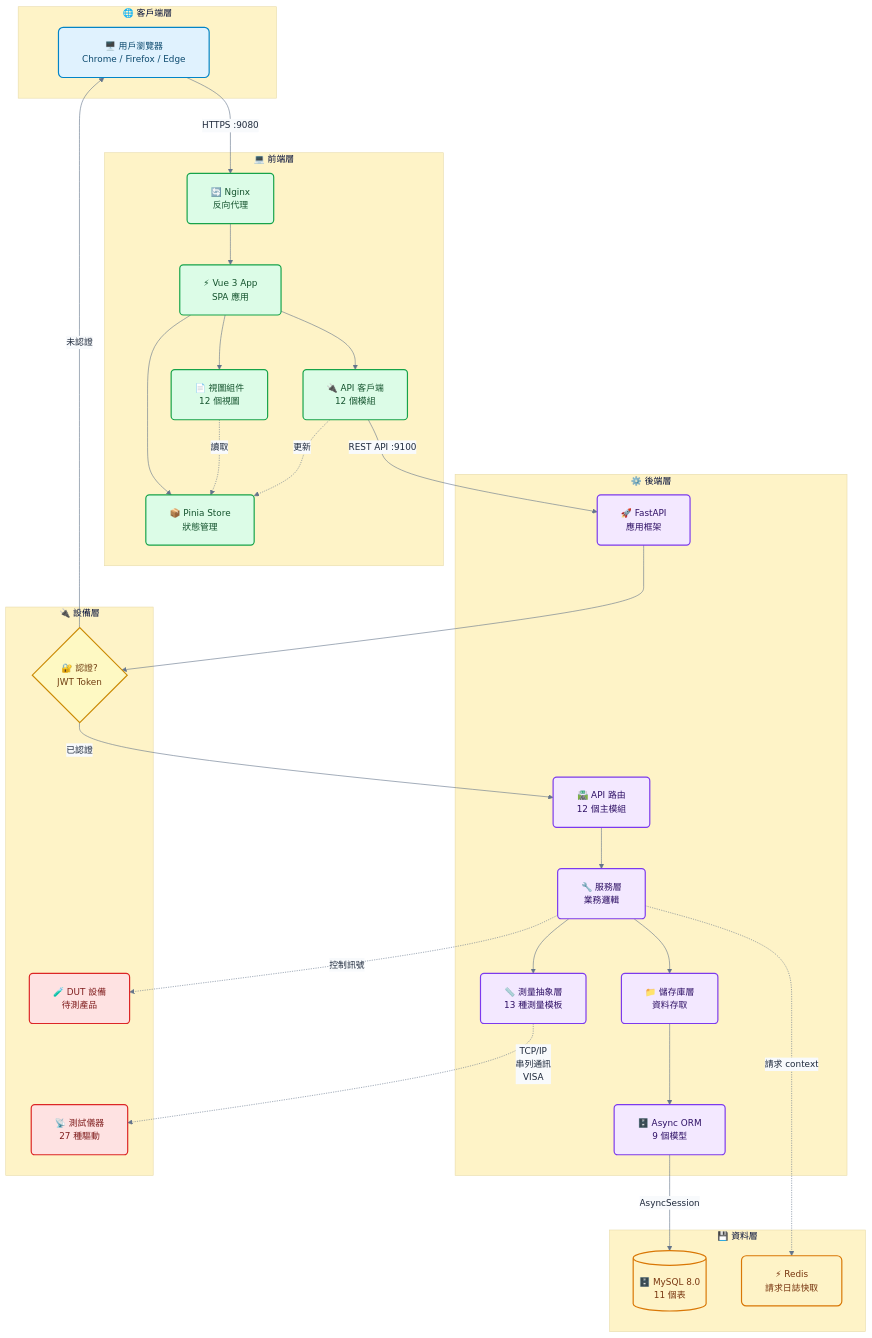
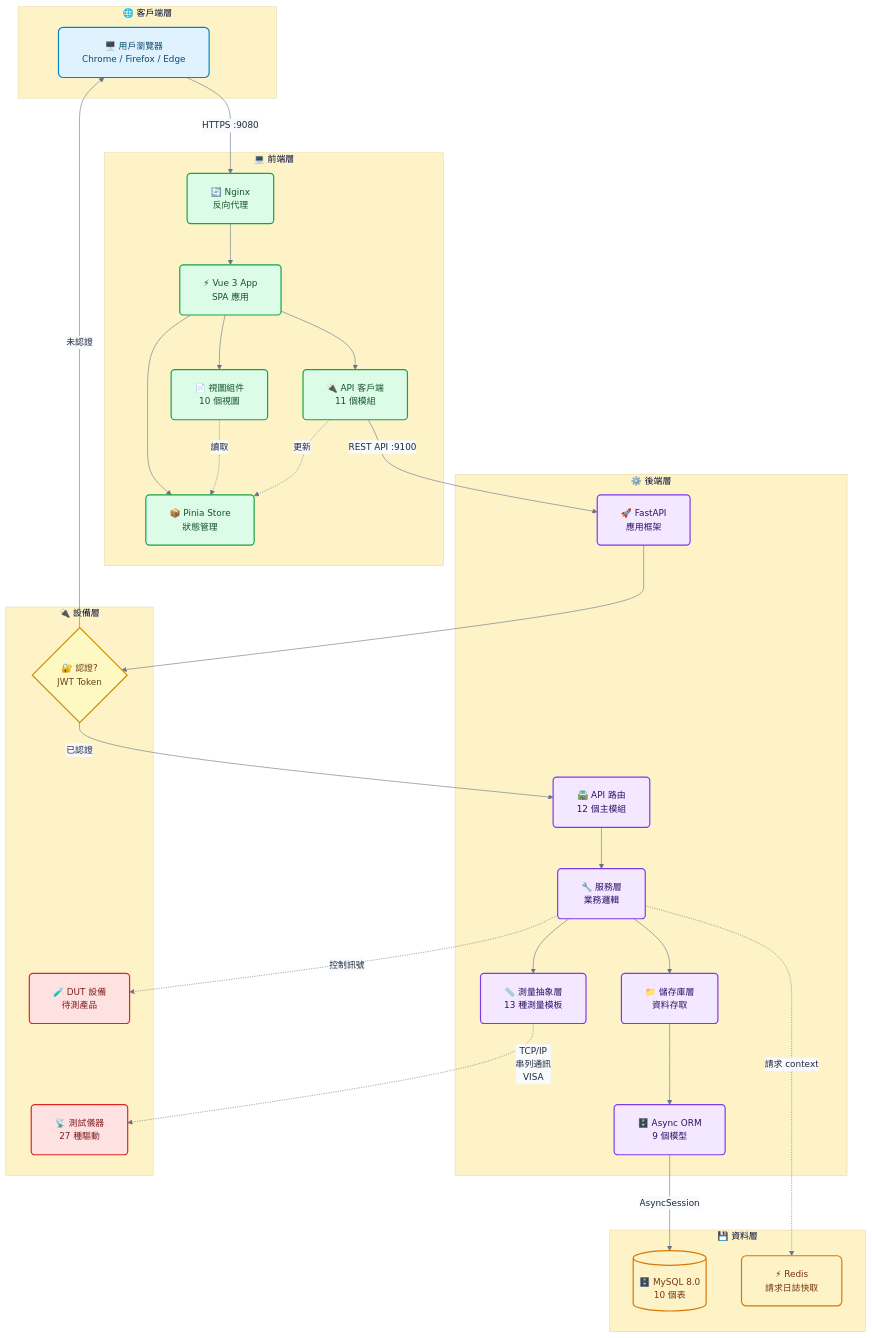
One commit to sprigga/WebPDTool changed the diagram in README.md. Above: the diagram before and after it, drawn with Mermaid. The commit also changed other lines of this file and 3 other files, not shown here.

````diff
--- a/README.md
+++ b/README.md
@@ -123,73 +124,73 @@
 ```mermaid
 %%{init: {"theme":"base","themeVariables":{"fontFamily":"Segoe UI, Microsoft YaHei, PingFang TC, Arial, sans-serif","fontSize":"15px","primaryTextColor":"#1e293b","lineColor":"#64748b","edgeLabelBackground":"#f8fafc","primaryColor":"#eff6ff","secondaryColor":"#f0fdf4","tertiaryColor":"#fef3c7","background":"#ffffff"},"flowchart":{"useMaxWidth":true,"nodeSpacing":60,"rankSpacing":70,"curve":"basis","padding":20}}}%%
 flowchart TB
     subgraph Client_Layer["🌐 客戶端層"]
         Client["🖥️ 用戶瀏覽器<br/>Chrome / Firefox / Edge"]
     end
 
     subgraph Frontend_Layer["💻 前端層"]
         FE_Nginx["🔄 Nginx<br/>反向代理"]
         FE_App["⚡ Vue 3 App<br/>SPA 應用"]
-        FE_View["📄 視圖組件<br/>12 個視圖"]
-        FE_API["🔌 API 客戶端<br/>12 個模組"]
+        FE_View["📄 視圖組件<br/>10 個視圖"]
+        FE_API["🔌 API 客戶端<br/>11 個模組"]
         FE_Store["📦 Pinia Store<br/>狀態管理"]
     end
 
     subgraph Backend_Layer["⚙️ 後端層"]
         BE_Fast["🚀 FastAPI<br/>應用框架"]
         BE_API["🛣️ API 路由<br/>12 個主模組"]
         BE_SVC["🔧 服務層<br/>業務邏輯"]
         BE_MEAS["📏 測量抽象層<br/>13 種測量模板"]
         BE_REPO["📁 儲存庫層<br/>資料存取"]
         BE_MODEL["🗄️ Async ORM<br/>9 個模型"]
     end
 
     subgraph Data_Layer["💾 資料層"]
-        DB[("🗄️ MySQL 8.0<br/>11 個表")]
+        DB[("🗄️ MySQL 8.0<br/>10 個表")]
         Cache["⚡ Redis<br/>請求日誌快取"]
     end
 
     subgraph Device_Layer["🔌 設備層"]
         Auth_Decision{"🔐 認證?<br/>JWT Token"}
         EXT["📡 測試儀器<br/>27 種驅動"]
         DUT["🧪 DUT 設備<br/>待測產品"]
     end
 
     Client -->|HTTPS :9080| FE_Nginx
     FE_Nginx --> FE_App
     FE_App --> FE_View
     FE_App --> FE_API
     FE_App --> FE_Store
     FE_View -.->|讀取| FE_Store
     FE_API -.->|更新| FE_Store
 
     FE_API -->|REST API :9100| BE_Fast
     BE_Fast --> Auth_Decision
     Auth_Decision -->|已認證| BE_API
     Auth_Decision -->|未認證| Client
 
     BE_API --> BE_SVC
     BE_SVC --> BE_MEAS
     BE_SVC --> BE_REPO
     BE_REPO --> BE_MODEL
 
     BE_MODEL -->|AsyncSession| DB
     BE_SVC -.->|請求 context| Cache
 
     BE_MEAS -.->|TCP/IP<br/>串列通訊<br/>VISA| EXT
     BE_SVC -.->|控制訊號| DUT
 
     classDef clientStyle fill:#e0f2fe,stroke:#0284c7,stroke-width:2px,color:#0c4a6e,rx:8,ry:8;
     classDef frontendStyle fill:#dcfce7,stroke:#16a34a,stroke-width:2px,color:#14532d,rx:6,ry:6;
     classDef backendStyle fill:#f3e8ff,stroke:#7c3aed,stroke-width:2px,color:#2e1065,rx:6,ry:6;
     classDef dataStyle fill:#fef3c7,stroke:#d97706,stroke-width:2px,color:#78350f,rx:8,ry:8;
     classDef deviceStyle fill:#fee2e2,stroke:#dc2626,stroke-width:2px,color:#7f1d1d,rx:6,ry:6;
     classDef decisionStyle fill:#fef9c3,stroke:#ca8a04,stroke-width:2px,color:#713f12,rx:0,ry:0;
 
     class Client clientStyle;
     class FE_Nginx,FE_App,FE_View,FE_API,FE_Store frontendStyle;
     class BE_Fast,BE_API,BE_SVC,BE_MEAS,BE_REPO,BE_MODEL backendStyle;
     class DB,Cache dataStyle;
     class EXT,DUT deviceStyle;
     class Auth_Decision decisionStyle;
 ```
````
